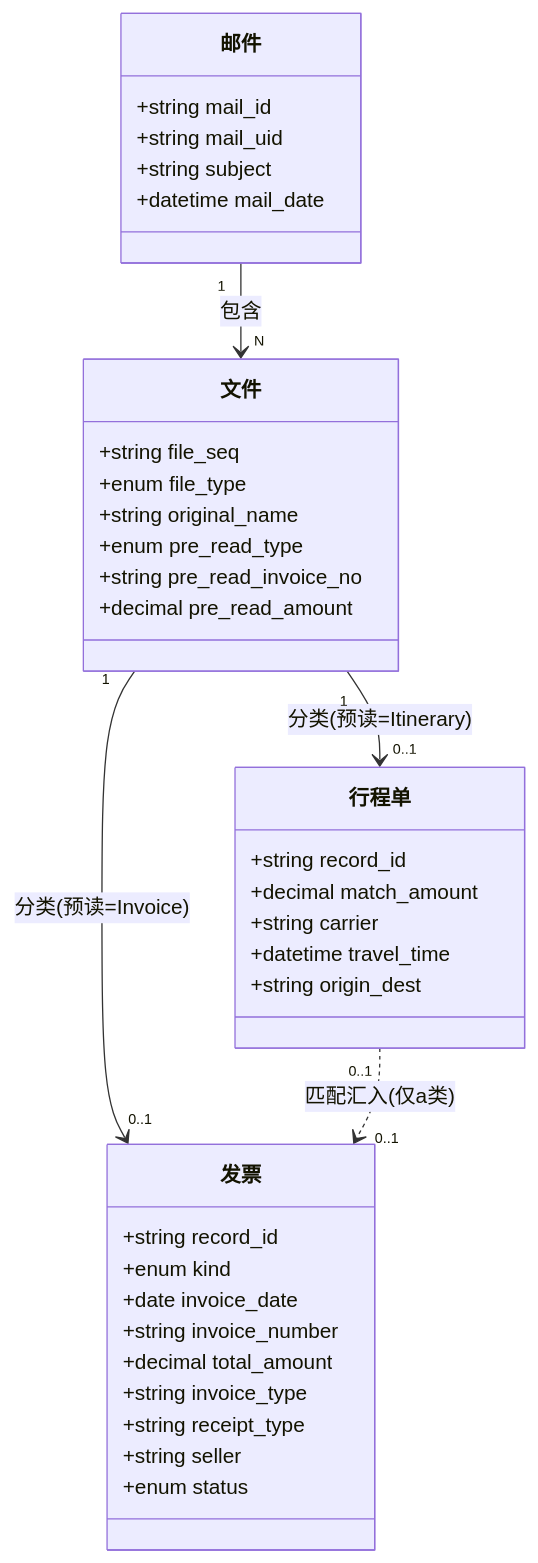
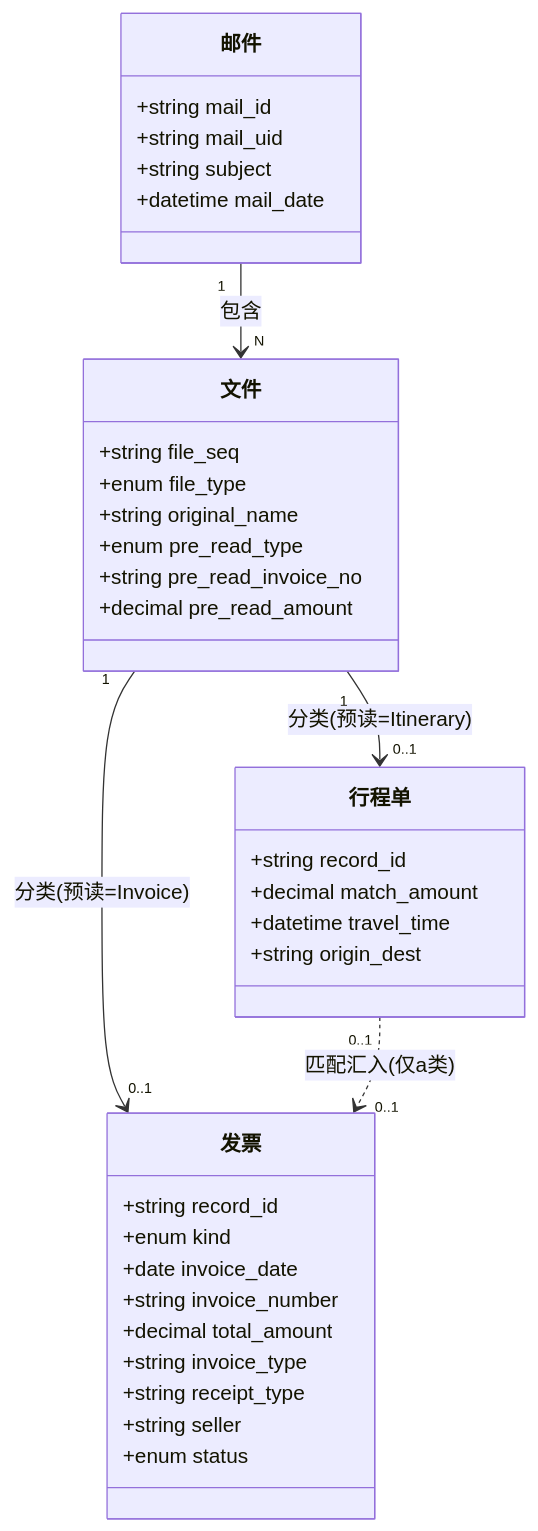
One commit to MUKE-git/Fapiao_Task changed the third of 4 diagrams in 01 docs/01 project/重构方案.md. Above: the diagram before and after it, drawn with Mermaid. The commit also changed other lines of this file and 1 other file, not shown here.

````diff
--- a/01 docs/01 project/重构方案.md
+++ b/01 docs/01 project/重构方案.md
@@ -139,40 +155,39 @@
 ```mermaid
 classDiagram
     邮件 "1" --> "N" 文件 : 包含
     文件 "1" --> "0..1" 发票 : 分类(预读=Invoice)
     文件 "1" --> "0..1" 行程单 : 分类(预读=Itinerary)
     行程单 "0..1" ..> "0..1" 发票 : 匹配汇入(仅a类)
 
     class 邮件 {
         +string mail_id
         +string mail_uid
         +string subject
         +datetime mail_date
     }
     class 文件 {
         +string file_seq
         +enum file_type
         +string original_name
         +enum pre_read_type
         +string pre_read_invoice_no
         +decimal pre_read_amount
     }
     class 发票 {
         +string record_id
         +enum kind
         +date invoice_date
         +string invoice_number
         +decimal total_amount
         +string invoice_type
         +string receipt_type
         +string seller
         +enum status
     }
     class 行程单 {
         +string record_id
         +decimal match_amount
-        +string carrier
         +datetime travel_time
         +string origin_dest
     }
 ```
````
